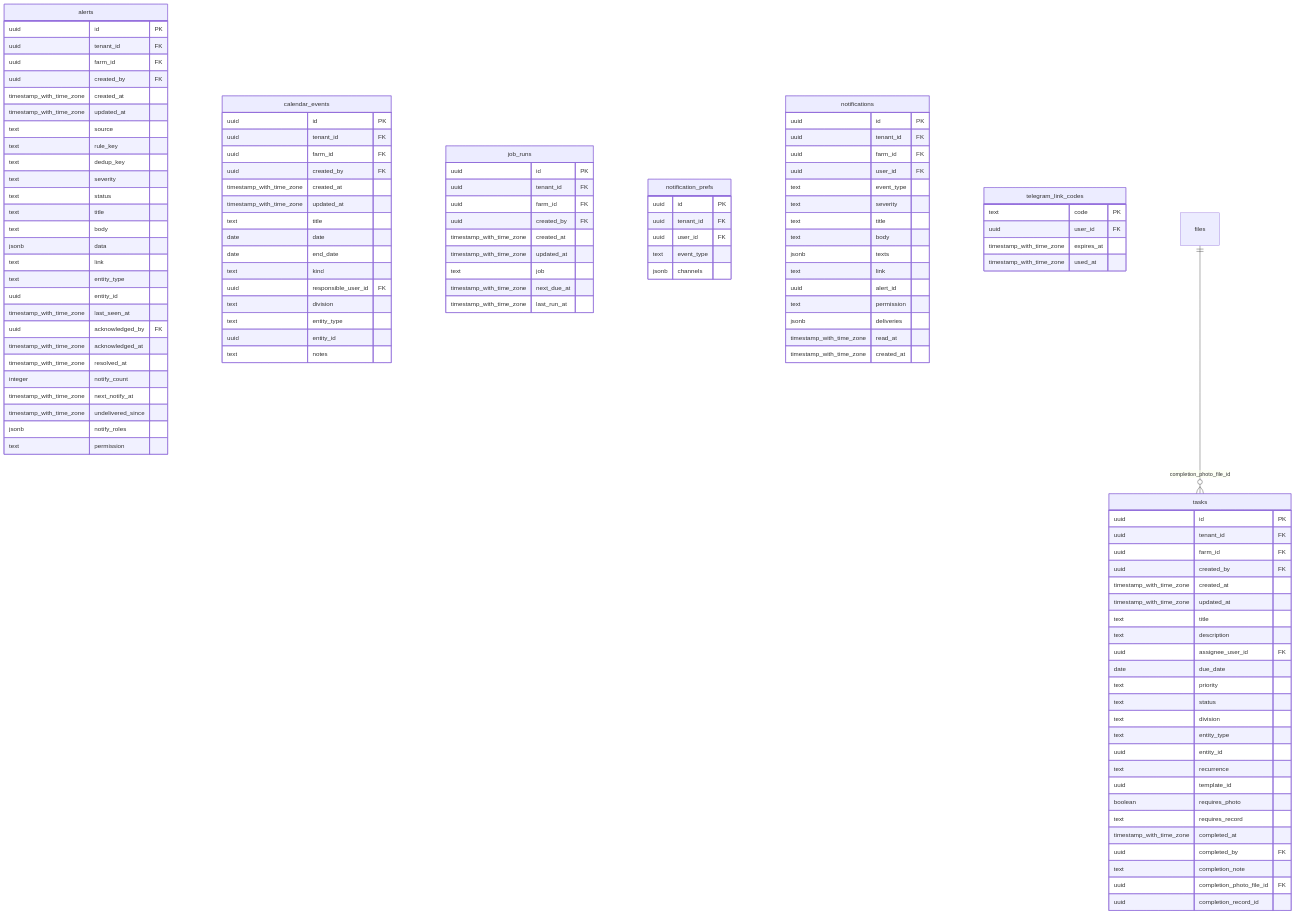
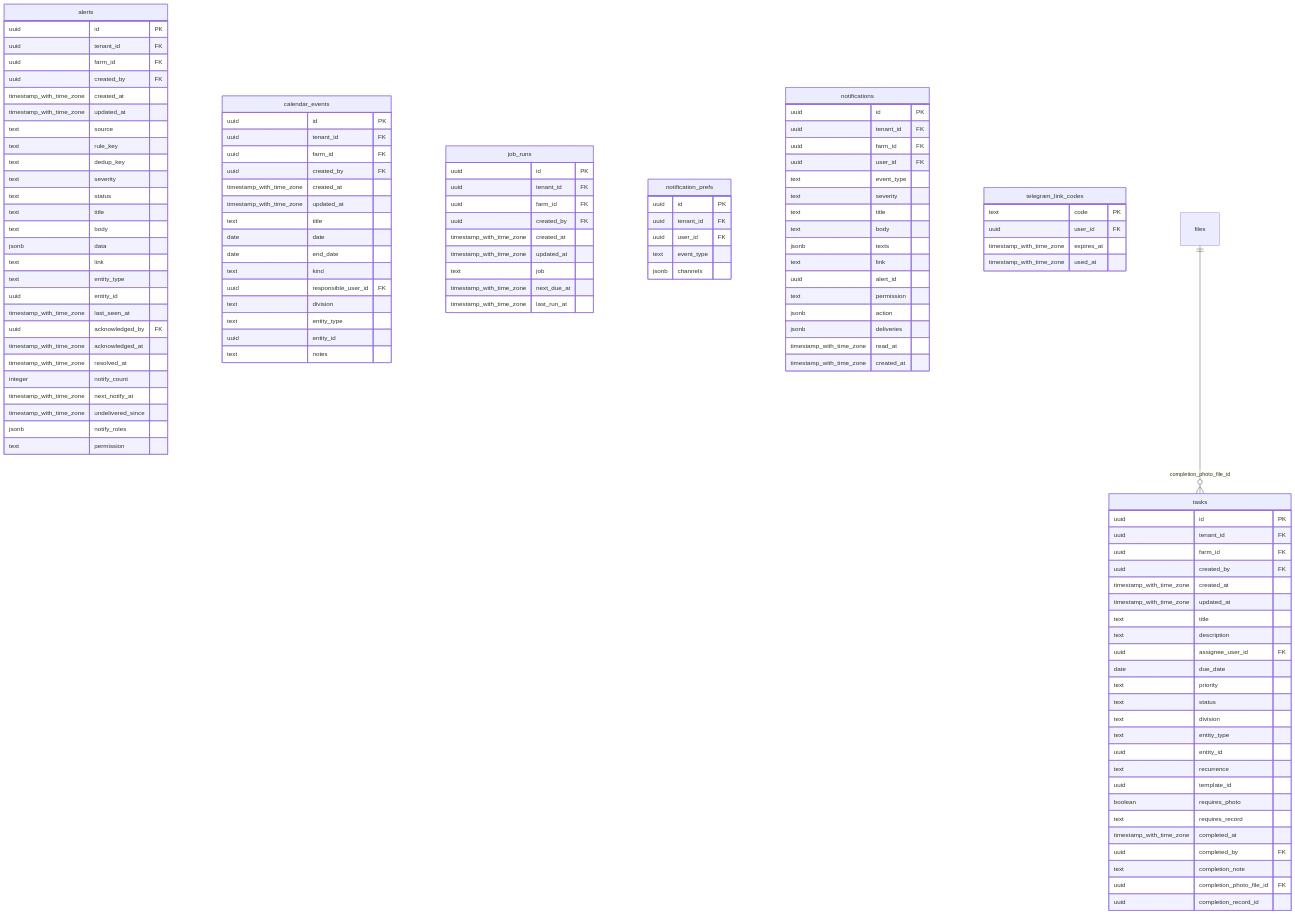
Before and after one commit to khurshidnm/yuksalish-agro: diagram 11 of 15 in docs/erd.md, drawn with Mermaid. The commit also changed other lines of this file and 83 other files, not shown here.

```diff
--- a/docs/erd.md
+++ b/docs/erd.md
@@ -1694,6 +1742,7 @@
     text link
     uuid alert_id
     text permission
+    jsonb action
     jsonb deliveries
     timestamp_with_time_zone read_at
     timestamp_with_time_zone created_at
```
